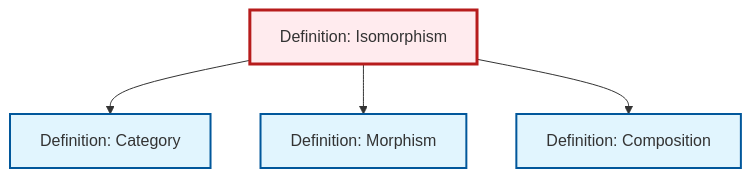
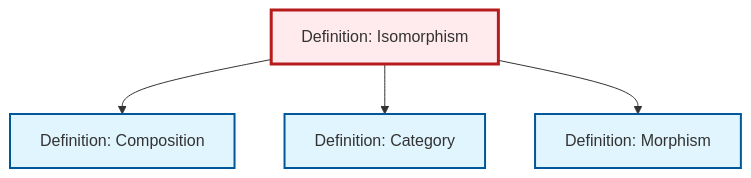
The diagram in output/mermaid/def-isomorphism.mermaid (RK0429/ModernMath), drawn with Mermaid before and after one commit. The commit also changed other lines of this file and 732 other files, not shown here.

````diff
--- a/output/mermaid/def-isomorphism.mermaid
+++ b/output/mermaid/def-isomorphism.mermaid
@@ -1,17 +1,17 @@
 ```{mermaid}
 %%| fig-cap: "Local dependency graph"
 graph TD
     classDef definition fill:#e1f5fe,stroke:#01579b,stroke-width:2px
     classDef theorem fill:#f3e5f5,stroke:#4a148c,stroke-width:2px
     classDef axiom fill:#fff3e0,stroke:#e65100,stroke-width:2px
     classDef example fill:#e8f5e9,stroke:#1b5e20,stroke-width:2px
     classDef current fill:#ffebee,stroke:#b71c1c,stroke-width:3px
     def-isomorphism["Definition: Isomorphism"]:::definition
+    def-category["Definition: Category"]:::definition
     def-morphism["Definition: Morphism"]:::definition
-    def-category["Definition: Category"]:::definition
     def-composition["Definition: Composition"]:::definition
+    def-isomorphism --> def-composition
     def-isomorphism --> def-category
     def-isomorphism --> def-morphism
-    def-isomorphism --> def-composition
     class def-isomorphism current
 ```
````
